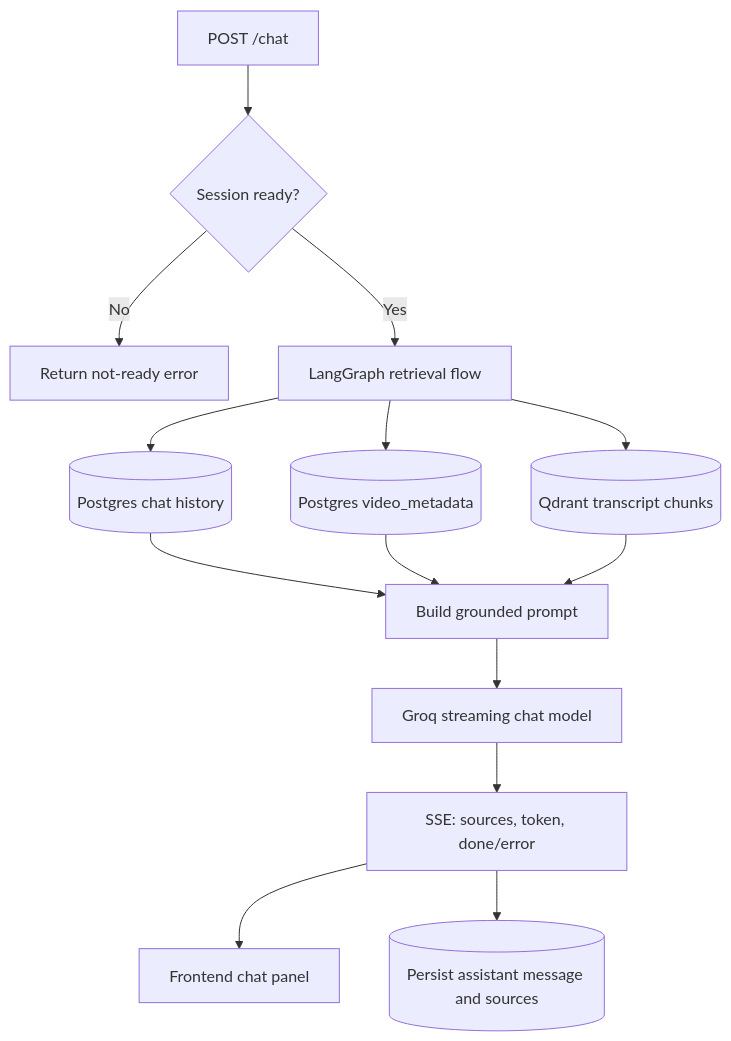
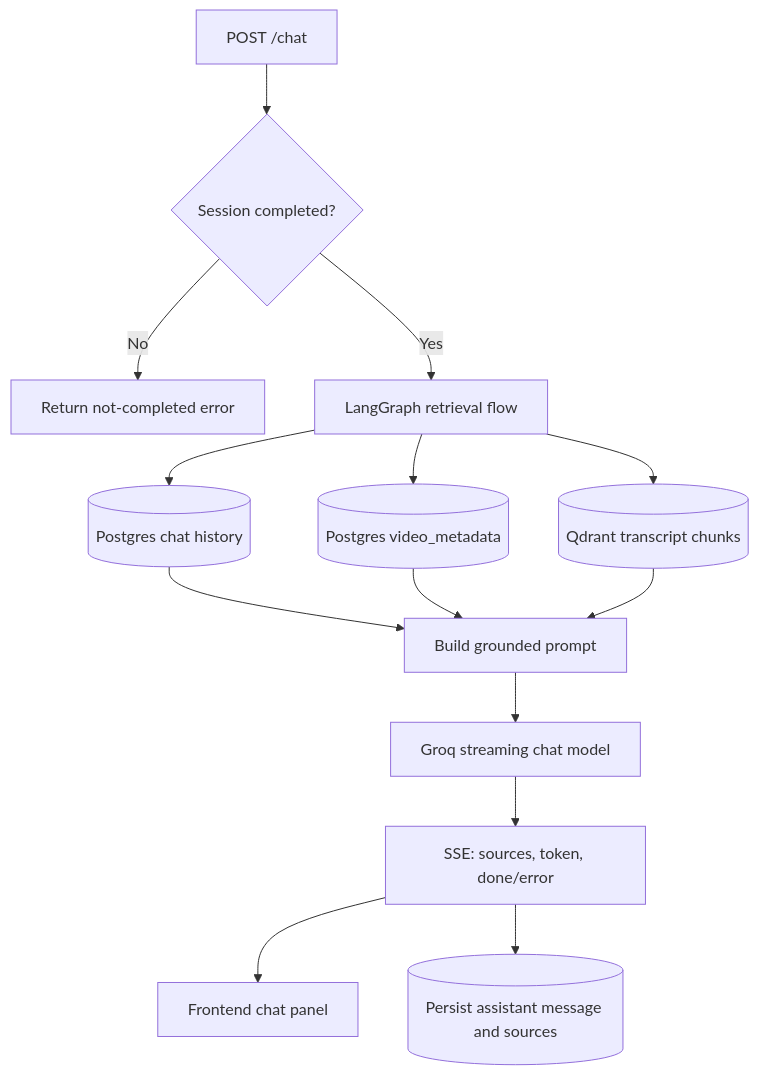
One commit to nirmaljb/CreatorGPT changed the fourth of 5 diagrams in docs/phase/phase-1.md. Above: the diagram before and after it, drawn with Mermaid. The commit also changed other lines of this file and 21 other files, not shown here.

````diff
--- a/docs/phase/phase-1.md
+++ b/docs/phase/phase-1.md
@@ -117,19 +120,19 @@
 ```mermaid
 flowchart TD
-    UserQuestion[POST /chat] --> ReadyCheck{Session ready?}
-    ReadyCheck -- No --> Reject[Return not-ready error]
+    UserQuestion[POST /chat] --> ReadyCheck{Session completed?}
+    ReadyCheck -- No --> Reject[Return not-completed error]
     ReadyCheck -- Yes --> Graph[LangGraph retrieval flow]
 
     Graph --> History[(Postgres chat history)]
     Graph --> Metadata[(Postgres video_metadata)]
     Graph --> Chunks[(Qdrant transcript chunks)]
 
     History --> Prompt[Build grounded prompt]
     Metadata --> Prompt
     Chunks --> Prompt
 
     Prompt --> Groq[Groq streaming chat model]
     Groq --> SSE[SSE: sources, token, done/error]
     SSE --> Frontend[Frontend chat panel]
     SSE --> Persist[(Persist assistant message and sources)]
 ```
````
